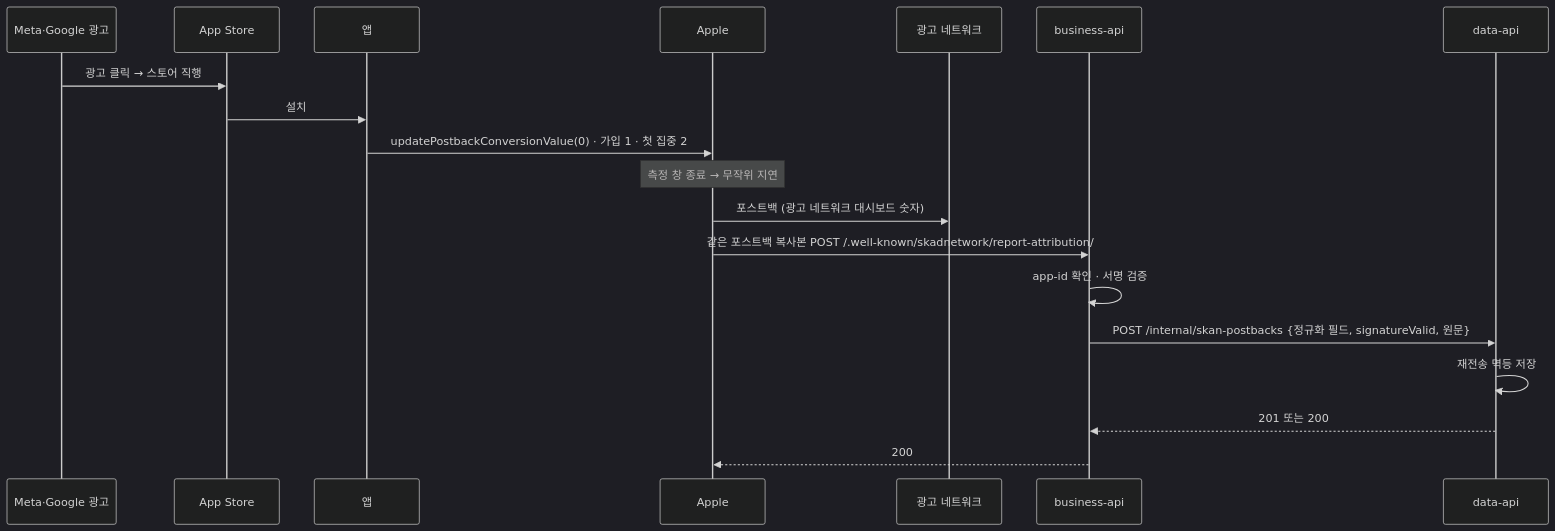
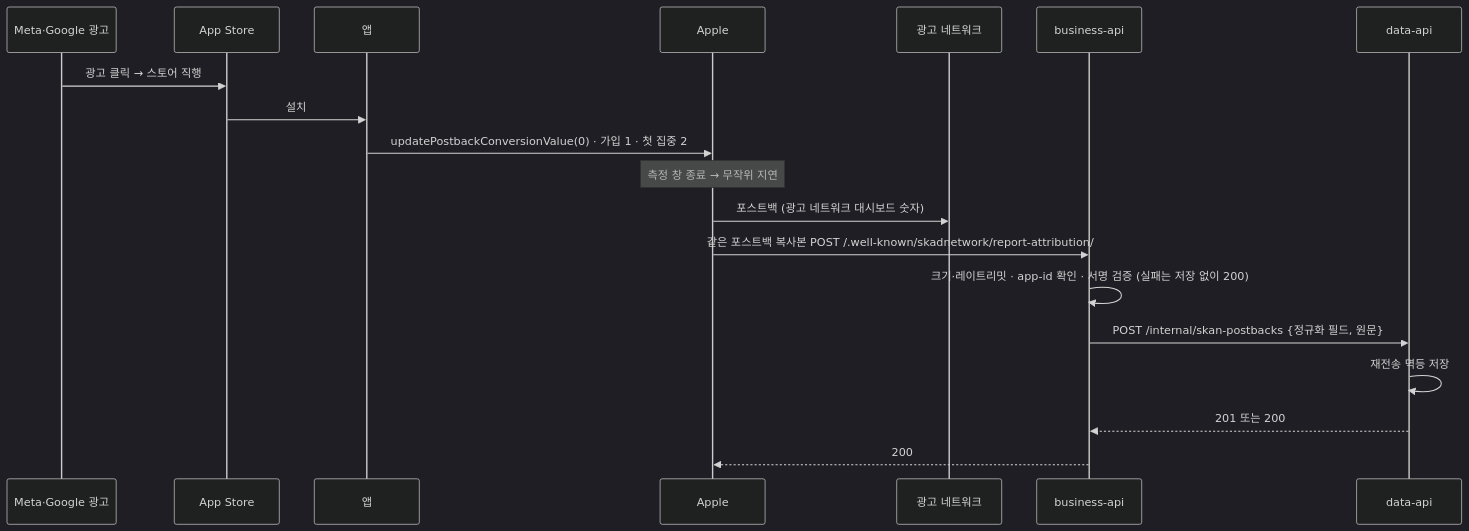
The fourth of 4 diagrams in docs/prd/link-attribution/high-level-design.md (OneOrThree/phone), drawn with Mermaid (dark theme) before and after one commit. The commit also changed other lines of this file and 4 other files, not shown here.

````diff
--- a/docs/prd/link-attribution/high-level-design.md
+++ b/docs/prd/link-attribution/high-level-design.md
@@ -113,21 +116,21 @@
 ```mermaid
 sequenceDiagram
   participant Ad as Meta·Google 광고
   participant S as App Store
   participant A as 앱
   participant AP as Apple
   participant N as 광고 네트워크
   participant B as business-api
   participant D as data-api
   Ad->>S: 광고 클릭 → 스토어 직행
   S->>A: 설치
   A->>AP: updatePostbackConversionValue(0) · 가입 1 · 첫 집중 2
   Note over AP: 측정 창 종료 → 무작위 지연
   AP->>N: 포스트백 (광고 네트워크 대시보드 숫자)
   AP->>B: 같은 포스트백 복사본 POST /.well-known/skadnetwork/report-attribution/
-  B->>B: app-id 확인 · 서명 검증
-  B->>D: POST /internal/skan-postbacks {정규화 필드, signatureValid, 원문}
+  B->>B: 크기·레이트리밋 · app-id 확인 · 서명 검증 (실패는 저장 없이 200)
+  B->>D: POST /internal/skan-postbacks {정규화 필드, 원문}
   D->>D: 재전송 멱등 저장
   D-->>B: 201 또는 200
   B-->>AP: 200
 ```
````
